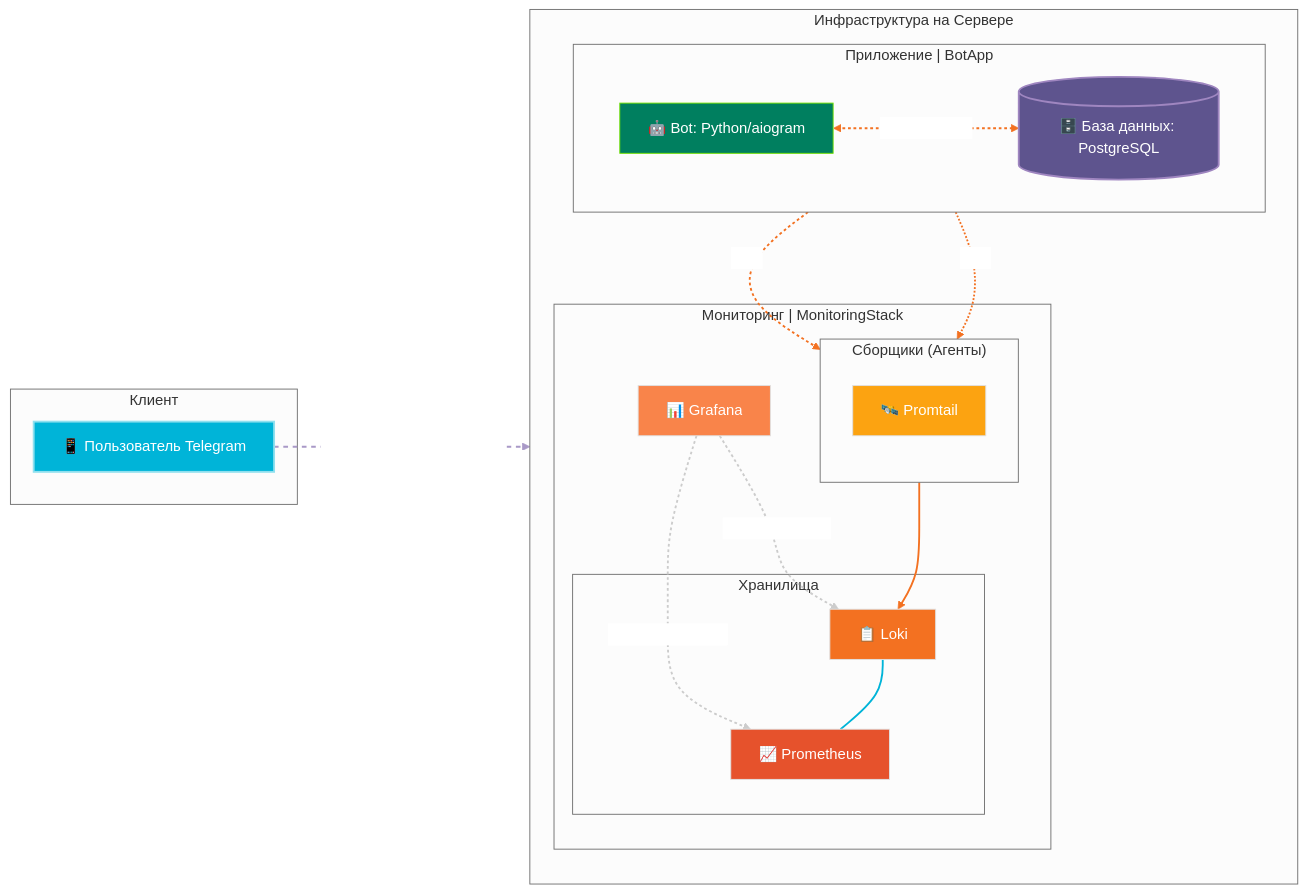
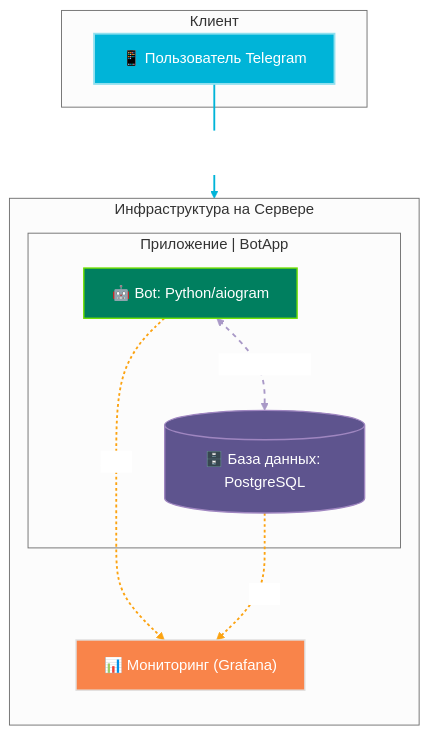
The first of 4 diagrams in README.md (mak1ntosh1/RealEstateBot), drawn with Mermaid (neutral theme) before and after one commit. The commit also changed other lines of this file and 3 other files, not shown here.

````diff
--- a/README.md
+++ b/README.md
@@ -36,74 +36,43 @@
 ```mermaid
-graph LR
+graph TD
     %% === 1. Определения стилей для тёмной темы ===
     classDef userStyle fill:#00b4d8,stroke:#90e0ef,stroke-width:2px,color:#fff
-    classDef appStyle fill:#007f5f,stroke:#70e000,stroke-width:1px,color:#fff
-    classDef dbStyle fill:#5e548e,stroke:#9f86c0,stroke-width:2px,color:#fff
-    classDef grafanaStyle fill:#f9844a,stroke:#e0e0e0,stroke-width:1px,color:#fff
-    classDef prometheusStyle fill:#e6522c,stroke:#e0e0e0,stroke-width:1px,color:#fff
-    classDef lokiStyle fill:#f37121,stroke:#e0e0e0,stroke-width:1px,color:#fff
-    classDef agentStyle fill:#fca311,stroke:#e0e0e0,stroke-width:1px,color:#fff
-    classDef hidden fill:transparent,stroke:transparent,color:transparent
+    classDef appStyle fill:#007f5f,stroke:#70e000,stroke-width:1.5px,color:#fff
+    classDef dbStyle fill:#5e548e,stroke:#9f86c0,stroke-width:1.5px,color:#fff
+    classDef grafanaStyle fill:#f9844a,stroke:#e0e0e0,stroke-width:1.5px,color:#fff
 
-    %% === 2. Структура блоков (subgraphs) ===
+    %% === 2. Структура блоков ===
     subgraph "Клиент"
         U["📱 Пользователь Telegram"]
     end
 
     subgraph "Инфраструктура на Сервере"
         direction TB
-
+        
         subgraph "Приложение | BotApp"
-            direction LR
             BA["🤖 Bot: Python/aiogram"]
             DB[("🗄️ База данных: PostgreSQL")]
         end
 
-        subgraph "Мониторинг | MonitoringStack"
-            subgraph "Сборщики (Агенты)"
-                direction TB
-                PA["🛰️ Promtail"]
-            end
-            
-            subgraph "Хранилища"
-                L["📋 Loki"]
-                P["📈 Prometheus"]
-                L ~~~ P
-            end
-            
-            G["📊 Grafana"]
-        end
+        G["📊 Мониторинг (Grafana)"]
     end
 
     %% === 3. Потоки данных и связи ===
     U -- "TCP/HTTPS - Telegram Bot API" --> BA
     BA <-->|ORM Peewee| DB
-
-    %% Поток логов
-    BA -.->|Логи| PA
-    DB -.->|Логи| PA
-    PA --> L
-
-    %% Поток метрик
-
     
-    %% Поток визуализации
-    G -- "Запросы PromQL" --> P
-    G -- "Запросы LogQL" --> L
+    %% Показываем, что оба компонента являются источниками данных для мониторинга
+    BA -.-> |"Логи"| G
+    DB -.-> |"Логи"| G
 
     %% === 4. Применение стилей к узлам ===
     class U userStyle
     class BA appStyle
     class DB dbStyle
     class G grafanaStyle
-    class P prometheusStyle
-    class L lokiStyle
-    class PA agentStyle
 
     %% === 5. Стилизация связей ===
     linkStyle 0 stroke:#00b4d8,stroke-width:2px,color:#fff
     linkStyle 1 stroke:#a999c7,stroke-width:2px,stroke-dasharray:5 5,color:#fff
-    linkStyle 2,3 stroke:#f37121,stroke-width:2px,stroke-dasharray:3 3,color:#fff
-    linkStyle 4,5 stroke:#f37121,stroke-width:2px,color:#fff
-    linkStyle 6,7 stroke:#ccc,stroke-width:2px,stroke-dasharray:3 3,color:#fff
+    linkStyle 2,3 stroke:#fca311,stroke-width:2px,stroke-dasharray:3 3,color:#fff
 ```
````
